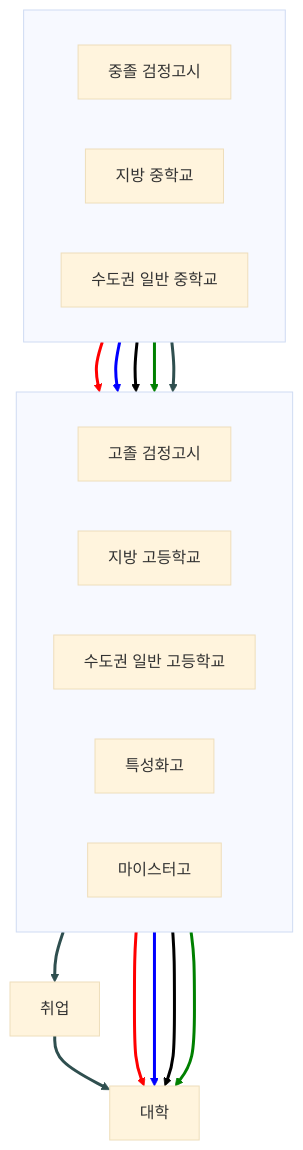
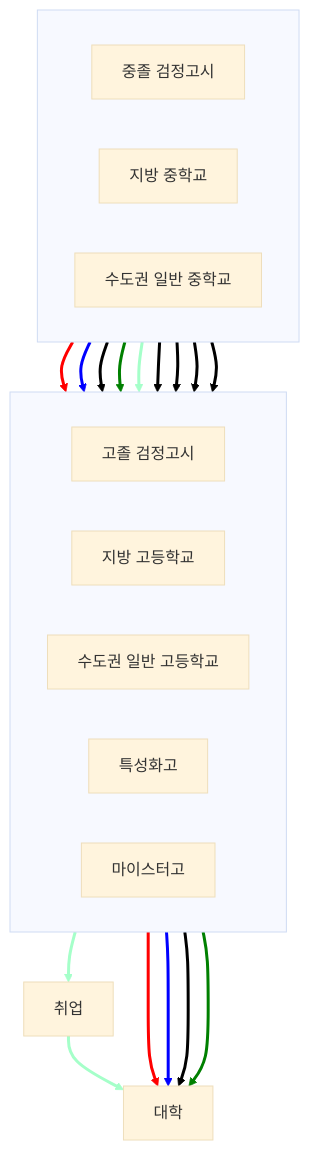
Before and after one commit to Doyouwanttoliveforever/Doyouwanttoliveforever.github.io: the diagram in _posts/2026-02-22-path guide for young students.md, drawn with Mermaid (base theme).

````diff
--- a/_posts/2026-02-22-path guide for young students.md
+++ b/_posts/2026-02-22-path guide for young students.md
@@ -14,39 +14,44 @@
 ```mermaid
 flowchart TD
 
     %% 중학교 레벨
     subgraph MiddleSchool [" "]
         direction LR
         A[중졸 검정고시]
         D[지방 중학교]
         F[수도권 일반 중학교]
     end
 
     %% 고등학교 레벨
     subgraph HighSchool [" "]
         direction LR
         B[고졸 검정고시]
         E[지방 고등학교]
         G[수도권 일반 고등학교]
         H[특성화고]
         I[마이스터고]
     end
 
     %% 이후 단계
     C[대학]
     J[취업]
 
     %% 연결 관계
     A --> B --> C
     D --> E --> C
     F --> G --> C
     F --> H --> C
     F --> I --> J --> C
+    A --> G
+    A --> H
+    A --> I
+    F --> B
 
     %% 화살표 색 변경
     linkStyle 0,1 stroke:red,stroke-width:3px
     linkStyle 2,3 stroke:blue,stroke-width:3px
     linkStyle 4,5 stroke:black,stroke-width:3px
     linkStyle 6,7 stroke:green,stroke-width:3px
-    linkStyle 8,9,10 stroke:#2F4F4F,stroke-width:3px
+    linkStyle 8,9,10 stroke:#A5FFC9,stroke-width:3px
+    linkStyle 11,12,13,14 stroke:black,stroke-width:3px
 ```
````
